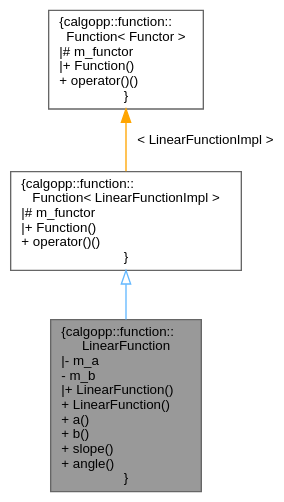
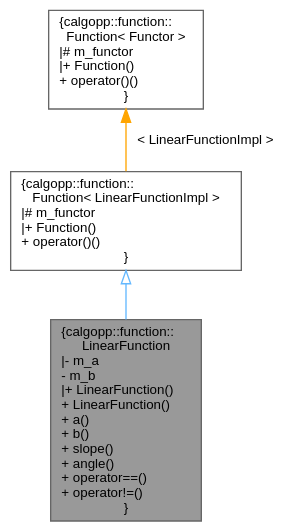
The diagram in classcalgopp_1_1function_1_1LinearFunction__inherit__graph.dot (pawelekg95/algopp), drawn with Graphviz before and after one commit. The commit also changed 10 other files, not shown here.

```diff
--- a/classcalgopp_1_1function_1_1LinearFunction__inherit__graph.dot
+++ b/classcalgopp_1_1function_1_1LinearFunction__inherit__graph.dot
@@ -1,12 +1,12 @@
 digraph "calgopp::function::LinearFunction"
 {
  // LATEX_PDF_SIZE
   bgcolor="transparent";
   edge [fontname=Helvetica,fontsize=10,labelfontname=Helvetica,labelfontsize=10];
   node [fontname=Helvetica,fontsize=10,shape=box,height=0.2,width=0.4];
-  Node1 [label="{calgopp::function::\lLinearFunction\n|- m_a\l- m_b\l|+ LinearFunction()\l+ LinearFunction()\l+ a()\l+ b()\l+ slope()\l+ angle()\l}",height=0.2,width=0.4,color="gray40", fillcolor="grey60", style="filled", fontcolor="black",tooltip=" "];
+  Node1 [label="{calgopp::function::\lLinearFunction\n|- m_a\l- m_b\l|+ LinearFunction()\l+ LinearFunction()\l+ a()\l+ b()\l+ slope()\l+ angle()\l+ operator==()\l+ operator!=()\l}",height=0.2,width=0.4,color="gray40", fillcolor="grey60", style="filled", fontcolor="black",tooltip=" "];
   Node2 -> Node1 [dir="back",color="steelblue1",style="solid",arrowtail="onormal"];
   Node2 [label="{calgopp::function::\lFunction\< LinearFunctionImpl \>\n|# m_functor\l|+ Function()\l+ operator()()\l}",height=0.2,width=0.4,color="gray40", fillcolor="white", style="filled",URL="$classcalgopp_1_1function_1_1Function.html",tooltip=" "];
   Node3 -> Node2 [dir="back",color="orange",style="solid",label=" \< LinearFunctionImpl \>" ];
   Node3 [label="{calgopp::function::\lFunction\< Functor \>\n|# m_functor\l|+ Function()\l+ operator()()\l}",height=0.2,width=0.4,color="gray40", fillcolor="white", style="filled",URL="$classcalgopp_1_1function_1_1Function.html",tooltip=" "];
 }
```
